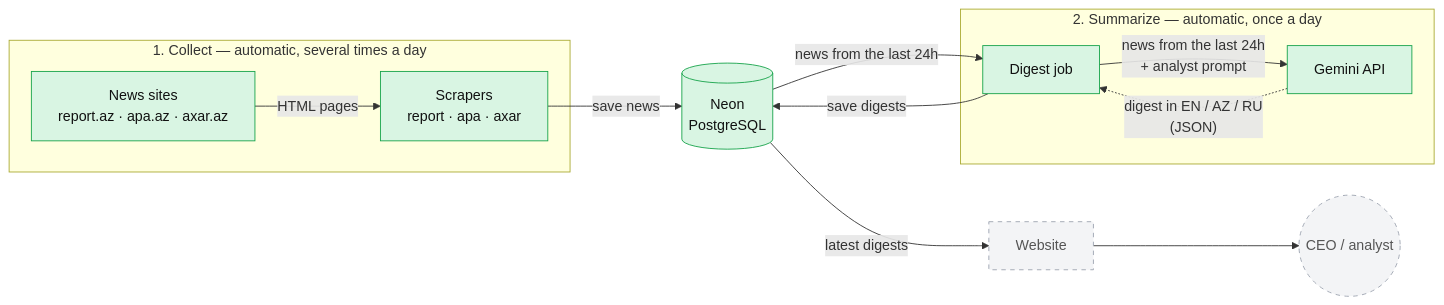
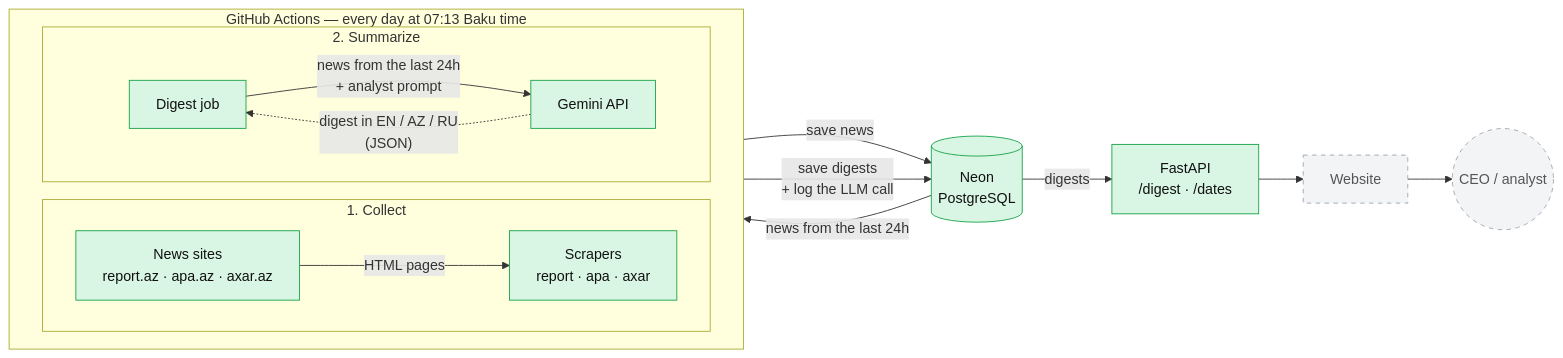
Before and after one commit to vbabazade8/az-news-assistant: the diagram in README.md, drawn with Mermaid. The commit also changed other lines of this file, not shown here.

Commit message:
Update README: GitHub Actions, llm_calls, API

````diff
--- a/README.md
+++ b/README.md
@@ -19,24 +22,26 @@
 ```mermaid
 flowchart LR
-    subgraph collect["1. Collect — automatic, several times a day"]
-        sites["News sites<br/>report.az · apa.az · axar.az"] -->|HTML pages| scrapers["Scrapers<br/>report · apa · axar"]
+    subgraph daily["GitHub Actions — every day at 07:13 Baku time"]
+        direction LR
+        subgraph collect["1. Collect"]
+            sites["News sites<br/>report.az · apa.az · axar.az"] -->|HTML pages| scrapers["Scrapers<br/>report · apa · axar"]
+        end
+        subgraph summarize["2. Summarize"]
+            job["Digest job"] -->|"news from the last 24h<br/>+ analyst prompt"| gemini["Gemini API"]
+            gemini -.->|"digest in EN / AZ / RU<br/>(JSON)"| job
+        end
     end
 
     scrapers -->|save news| db[("Neon<br/>PostgreSQL")]
+    db -->|news from the last 24h| job
+    job -->|"save digests<br/>+ log the LLM call"| db
 
-    subgraph summarize["2. Summarize — automatic, once a day"]
-        job["Digest job"] -->|"news from the last 24h<br/>+ analyst prompt"| gemini["Gemini API"]
-        gemini -.->|"digest in EN / AZ / RU<br/>(JSON)"| job
-    end
-
-    db -->|news from the last 24h| job
-    job -->|save digests| db
-
-    db -->|latest digests| web["Website"]
+    db -->|digests| api["FastAPI<br/>/digest · /dates"]
+    api --> web["Website"]
     web --> reader(("CEO / analyst"))
 
     classDef done fill:#d9f5e3,stroke:#16a34a,color:#111
     classDef planned fill:#f3f4f6,stroke:#9ca3af,color:#555,stroke-dasharray:5 5
-    class sites,scrapers,db,job,gemini done
+    class sites,scrapers,db,job,gemini,api done
     class web,reader planned
 ```
````
